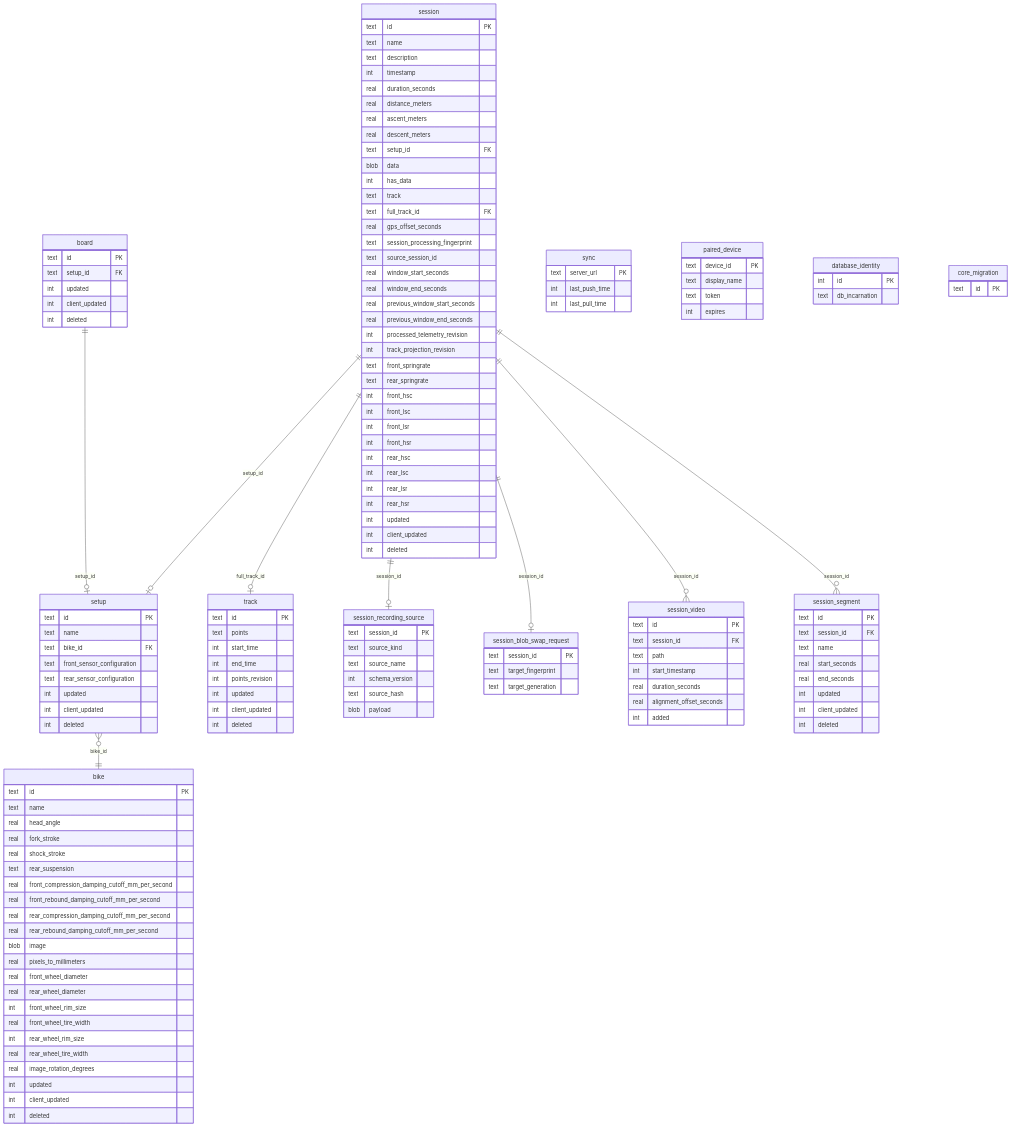
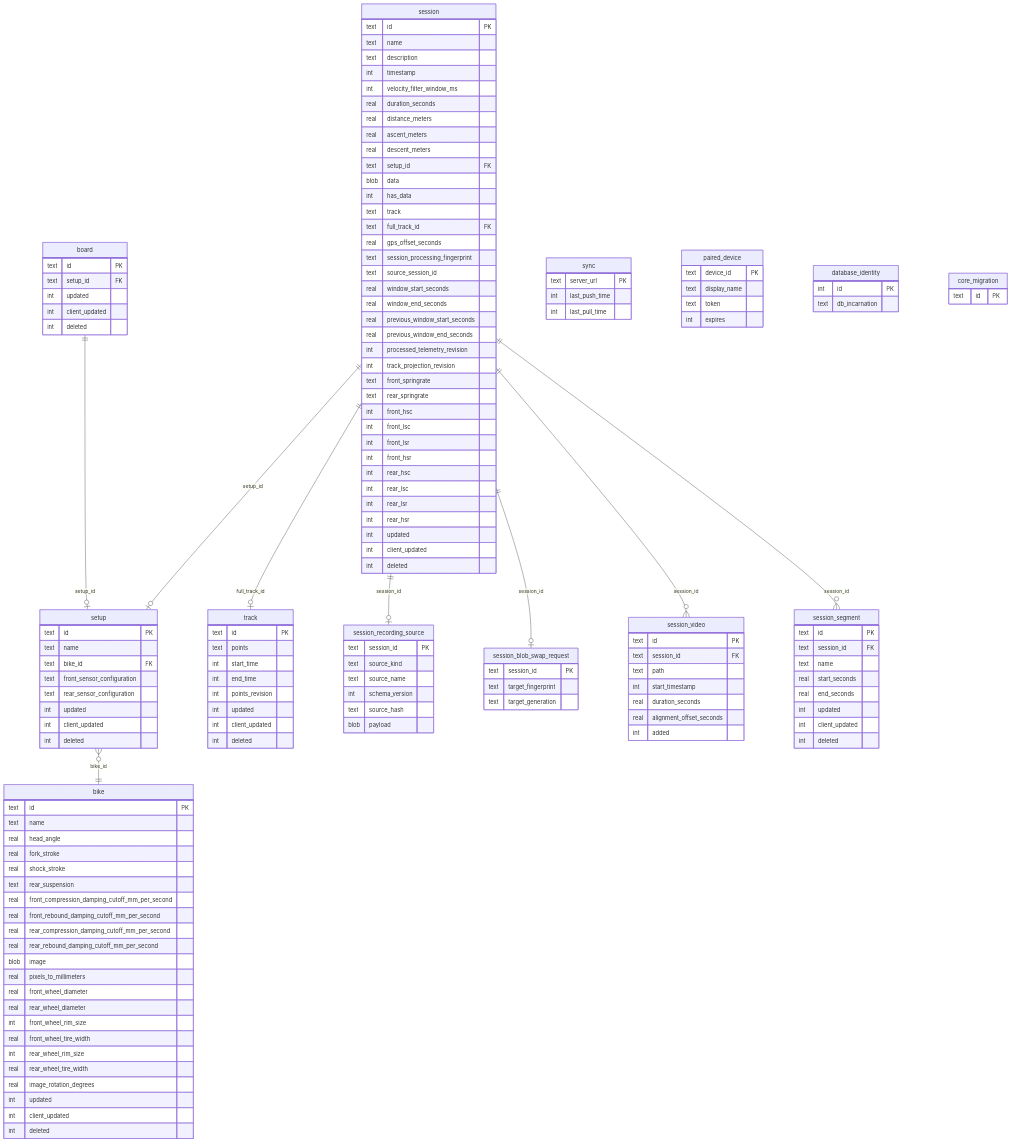
Before and after one commit to MoridinBG/Sufni.app: the diagram in docs/architecture/persistence.md, drawn with Mermaid. The commit also changed other lines of this file and 68 other files, not shown here.

```diff
--- a/docs/architecture/persistence.md
+++ b/docs/architecture/persistence.md
@@ -20,6 +20,7 @@
         text name
         text description
         int timestamp
+        int velocity_filter_window_ms
         real duration_seconds
         real distance_meters
         real ascent_meters
```
